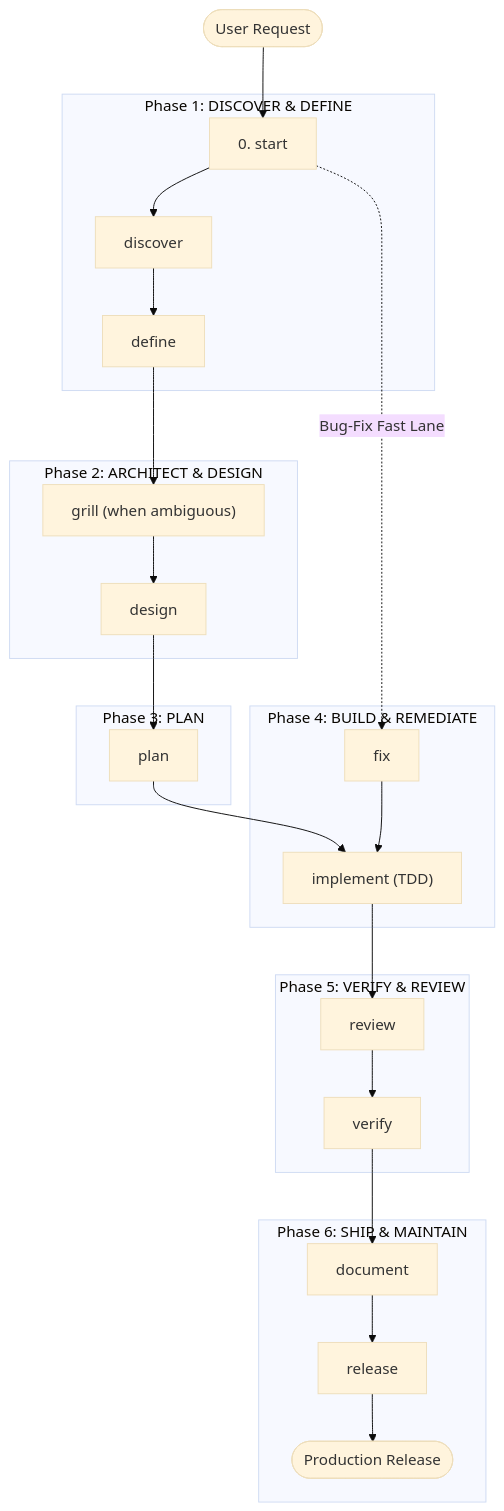
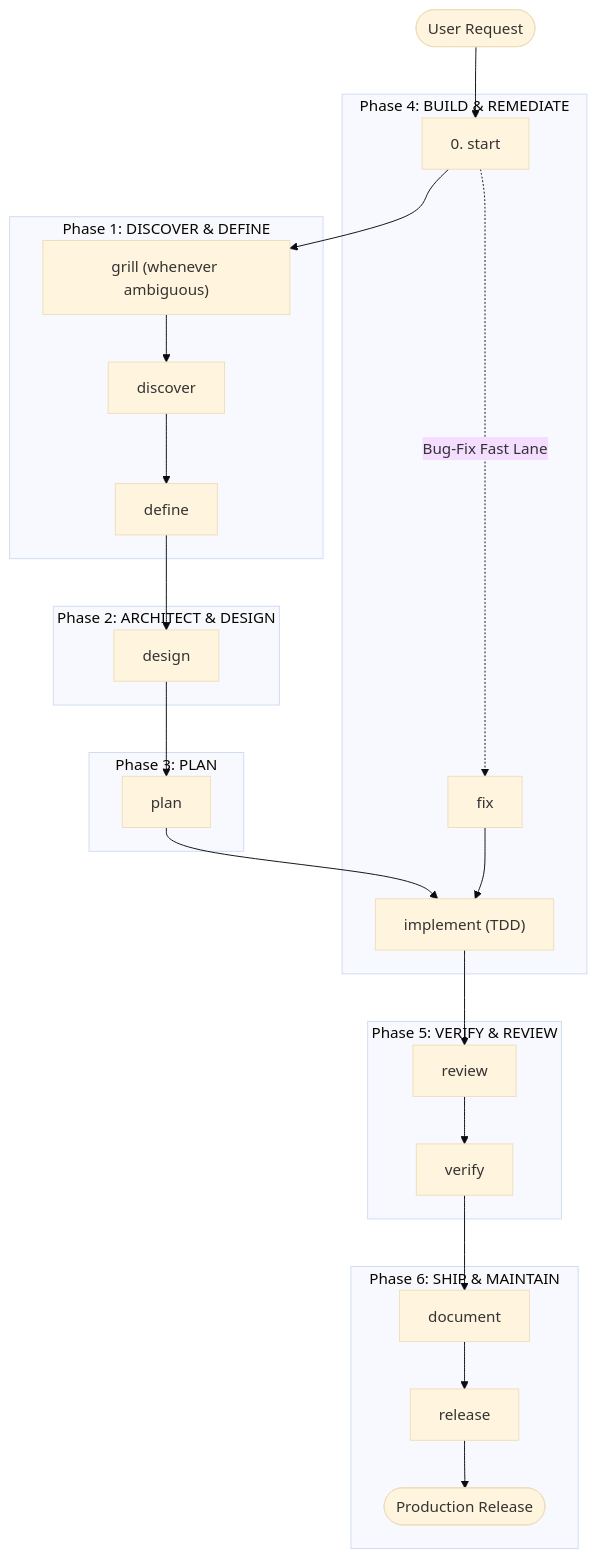
The diagram in README.id.md (coderbuzz/agent-toolkit), drawn with Mermaid (base theme) before and after one commit. The commit also changed 1 other file, not shown here.

Commit message:
docs: grill is cross-cutting, not a fixed phase in the workflow diagram
Moves grill from the define-design slot (inherited from the retired
clarify skill) to right after the start router with a conditional label,
matching its v2 design: cross_cutting, user-invoked, usable before any
ambiguous or irreversible work at any phase boundary.

````diff
--- a/README.id.md
+++ b/README.id.md
@@ -133,35 +133,35 @@
 ```mermaid
 flowchart TD
     Start([User Request]) --> Router["0. start"]
+    Router --> Grill["grill (whenever ambiguous)"]
 
     subgraph Phase 1: DISCOVER & DEFINE
-        Router --> Discover["discover"]
+        Grill --> Discover["discover"]
         Discover --> Define["define"]
     end
 
     subgraph Phase 2: ARCHITECT & DESIGN
-        Define --> Grill["grill (when ambiguous)"]
-        Grill --> Design["design"]
+        Define --> Design["design"]
     end
 
     subgraph Phase 3: PLAN
         Design --> Plan["plan"]
     end
 
     subgraph Phase 4: BUILD & REMEDIATE
         Plan --> Implement["implement (TDD)"]
         Router -. Bug-Fix Fast Lane .-> Fix["fix"]
         Fix --> Implement
     end
 
     subgraph Phase 5: VERIFY & REVIEW
         Implement --> Review["review"]
         Review --> Verify["verify"]
     end
 
     subgraph Phase 6: SHIP & MAINTAIN
         Verify --> Document["document"]
         Document --> Release["release"]
         Release --> Done([Production Release])
     end
 ```
````
